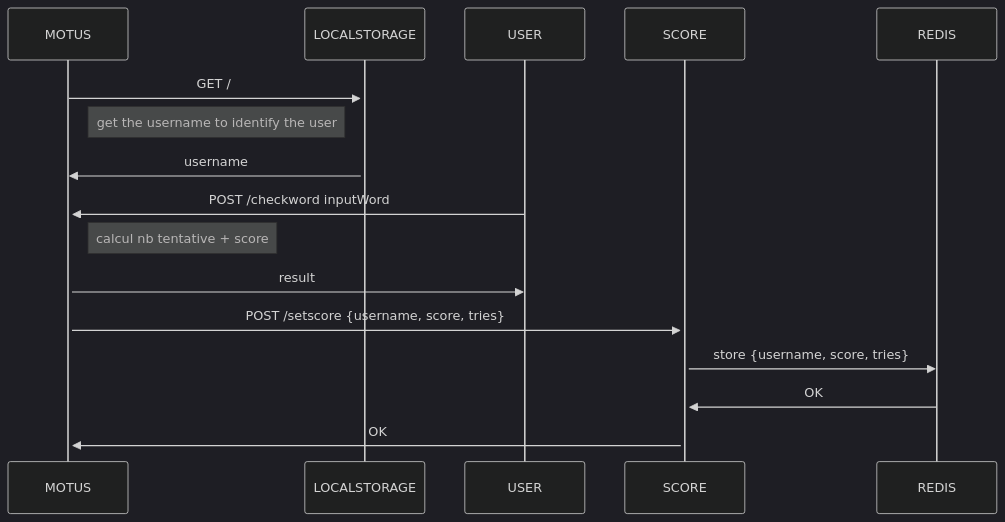
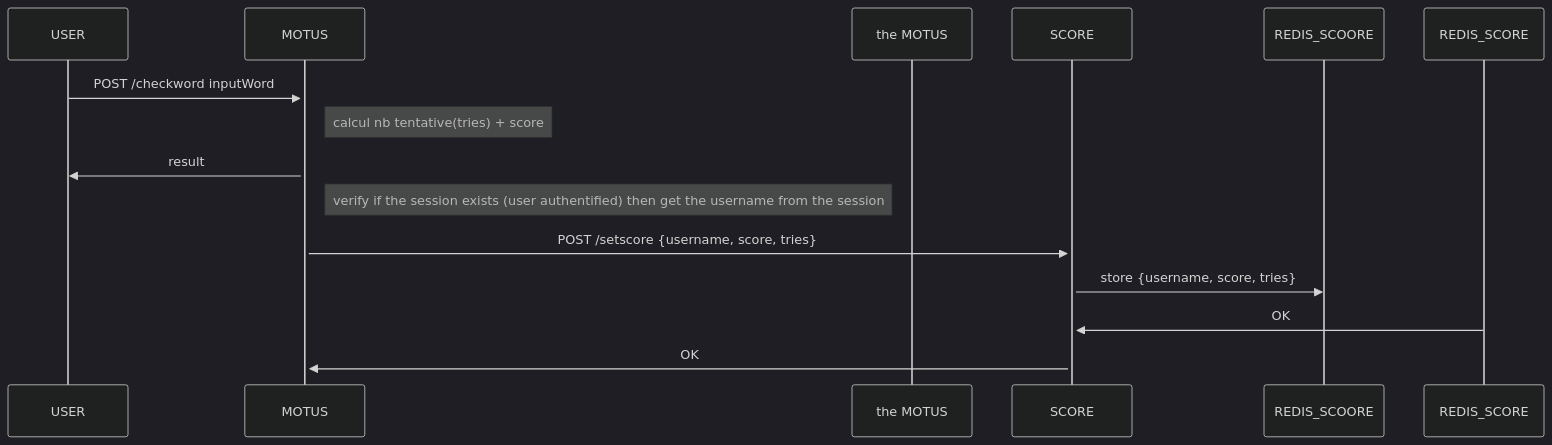
Before and after one commit to essadany/motus: the second of 3 diagrams in README.md, drawn with Mermaid (dark theme). The commit also changed other lines of this file, not shown here.

````diff
--- a/README.md
+++ b/README.md
@@ -14,13 +15,11 @@
 ```mermaid
 sequenceDiagram
-    MOTUS->>+LOCALSTORAGE : GET /
-    note left of LOCALSTORAGE : get the username to identify the user
-    LOCALSTORAGE->>MOTUS: username
     USER->>+MOTUS:POST /checkword  inputWord
-    note right of MOTUS : calcul nb tentative + score
+    note right of MOTUS : calcul nb tentative(tries) + score
     MOTUS->>USER : result
+    note left of the MOTUS: verify if the session exists (user authentified) then get the username from the session
     MOTUS->>+SCORE : POST /setscore {username, score, tries}
-    SCORE->>REDIS : store {username, score, tries}
-    REDIS->>SCORE : OK
+    SCORE->>REDIS_SCOORE : store {username, score, tries}
+    REDIS_SCORE->>SCORE : OK
     SCORE->>MOTUS : OK
 ```
````
